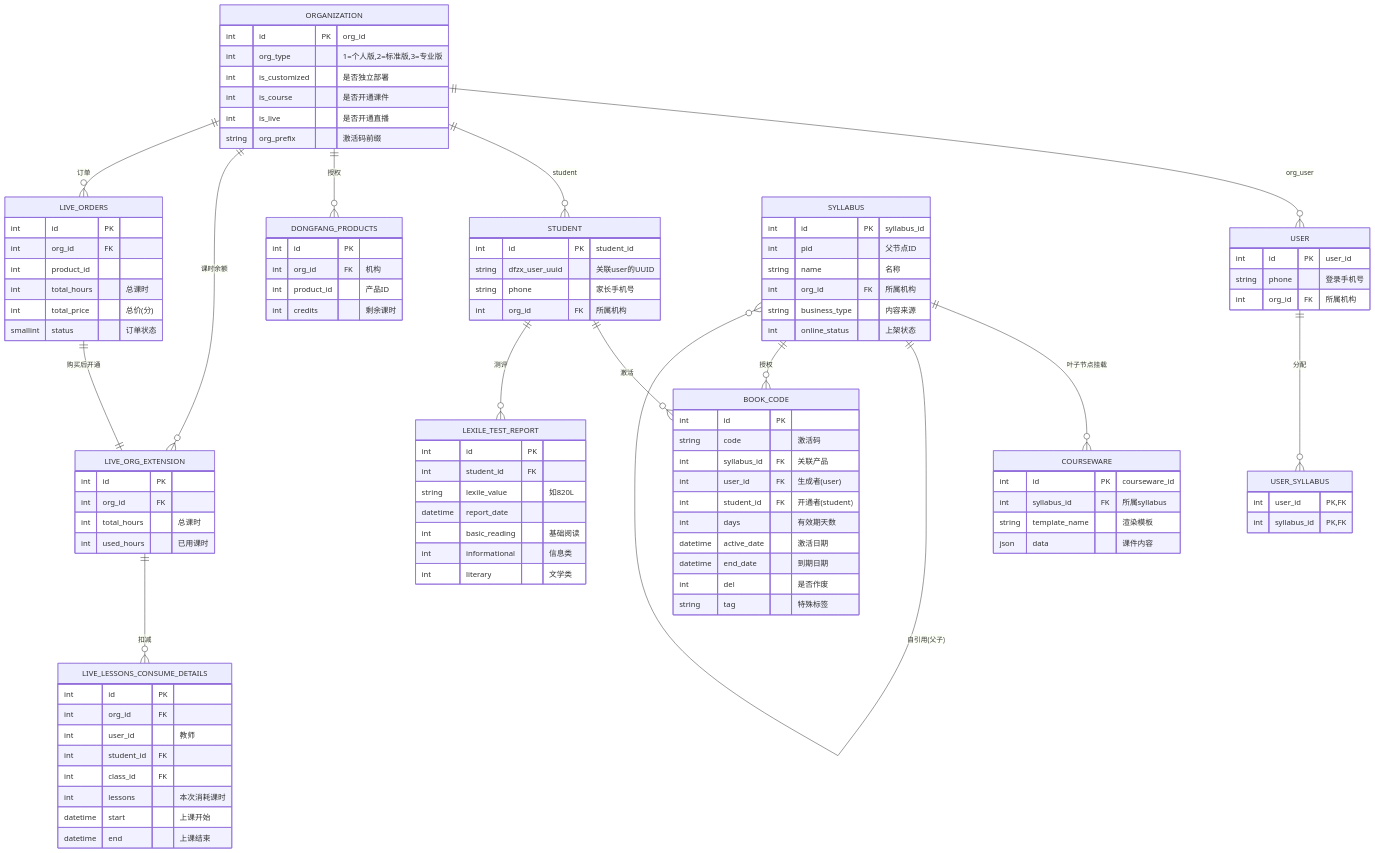
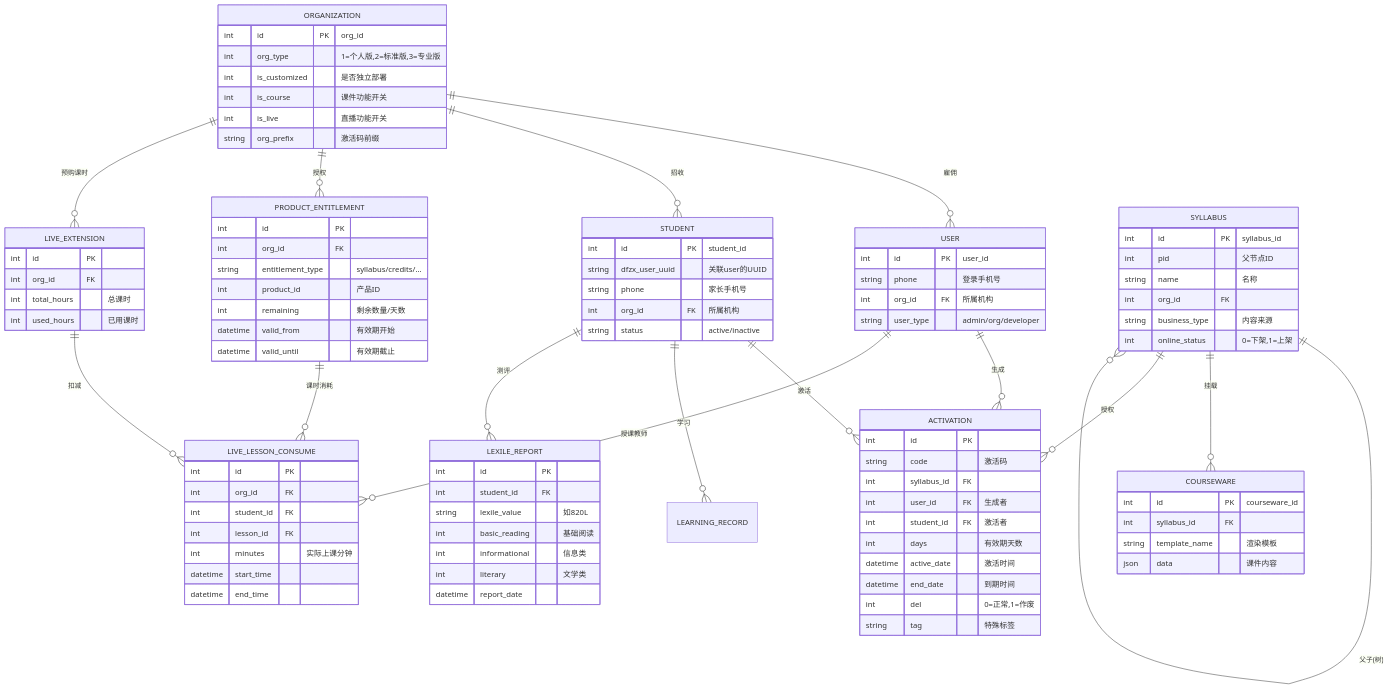
The first of 5 diagrams in docs/knowledge-base/数据架构.md (ai-native-software-factory/ai-factory-templates), drawn with Mermaid before and after one commit. The commit also changed other lines of this file and 1 other file, not shown here.

First line of the commit message:
docs: 重写能力地图和数据架构，真正应用 CPM/TOGAF C 层

````diff
--- a/docs/knowledge-base/数据架构.md
+++ b/docs/knowledge-base/数据架构.md
@@ -13,16 +119,16 @@
 ```mermaid
 erDiagram
-    ORGANIZATION ||--o{ USER : "org_user"
-    ORGANIZATION ||--o{ STUDENT : "student"
-    ORGANIZATION ||--o{ DONGFANG_PRODUCTS : "授权"
-    ORGANIZATION ||--o{ LIVE_ORG_EXTENSION : "课时余额"
-    ORGANIZATION ||--o{ LIVE_ORDERS : "订单"
+    ORGANIZATION ||--o{ USER : "雇佣"
+    ORGANIZATION ||--o{ STUDENT : "招收"
+    ORGANIZATION ||--o{ PRODUCT_ENTITLEMENT : "授权"
+    ORGANIZATION ||--o{ LIVE_EXTENSION : "预购课时"
 
-    USER ||--o{ USER_SYLLABUS : "分配"
+    USER ||--o{ ACTIVATION : "生成"
     USER {
         int id PK "user_id"
         string phone "登录手机号"
         int org_id FK "所属机构"
+        string user_type "admin/org/developer"
     }
 
     STUDENT {
@@ -30,102 +136,94 @@
         string dfzx_user_uuid "关联user的UUID"
         string phone "家长手机号"
         int org_id FK "所属机构"
+        string status "active/inactive"
     }
 
     ORGANIZATION {
         int id PK "org_id"
         int org_type "1=个人版,2=标准版,3=专业版"
         int is_customized "是否独立部署"
-        int is_course "是否开通课件"
-        int is_live "是否开通直播"
+        int is_course "课件功能开关"
+        int is_live "直播功能开关"
         string org_prefix "激活码前缀"
     }
 
-    SYLLABUS ||--o{ COURSEWARE : "叶子节点挂载"
-    SYLLABUS ||--o{ SYLLABUS : "自引用(父子)"
+    PRODUCT_ENTITLEMENT {
+        int id PK
+        int org_id FK
+        string entitlement_type "syllabus/credits/..."
+        int product_id "产品ID"
+        int remaining "剩余数量/天数"
+        datetime valid_from "有效期开始"
+        datetime valid_until "有效期截止"
+    }
+
+    SYLLABUS ||--o{ SYLLABUS : "父子(树)"
+    SYLLABUS ||--o{ COURSEWARE : "挂载"
+    SYLLABUS ||--o{ ACTIVATION : "授权"
     SYLLABUS {
         int id PK "syllabus_id"
         int pid "父节点ID"
         string name "名称"
-        int org_id FK "所属机构"
+        int org_id FK
         string business_type "内容来源"
-        int online_status "上架状态"
+        int online_status "0=下架,1=上架"
     }
 
     COURSEWARE {
         int id PK "courseware_id"
-        int syllabus_id FK "所属syllabus"
+        int syllabus_id FK
         string template_name "渲染模板"
         json data "课件内容"
     }
 
-    DONGFANG_PRODUCTS {
-        int id PK
-        int org_id FK "机构"
-        int product_id "产品ID"
-        int credits "剩余课时"
-    }
-
-    BOOK_CODE {
+    ACTIVATION {
         int id PK
         string code "激活码"
-        int syllabus_id FK "关联产品"
-        int user_id FK "生成者(user)"
-        int student_id FK "开通者(student)"
+        int syllabus_id FK
+        int user_id FK "生成者"
+        int student_id FK "激活者"
         int days "有效期天数"
-        datetime active_date "激活日期"
-        datetime end_date "到期日期"
-        int del "是否作废"
+        datetime active_date "激活时间"
+        datetime end_date "到期时间"
+        int del "0=正常,1=作废"
         string tag "特殊标签"
     }
 
-    STUDENT ||--o{ BOOK_CODE : "激活"
-    SYLLABUS ||--o{ BOOK_CODE : "授权"
+    STUDENT ||--o{ ACTIVATION : "激活"
+    STUDENT ||--o{ LEARNING_RECORD : "学习"
+    STUDENT ||--o{ LEXILE_REPORT : "测评"
 
-    LIVE_ORG_EXTENSION {
+    LIVE_EXTENSION {
         int id PK
         int org_id FK
         int total_hours "总课时"
         int used_hours "已用课时"
     }
 
-    LIVE_ORDERS {
+    LIVE_LESSON_CONSUME {
         int id PK
         int org_id FK
-        int product_id
-        int total_hours "总课时"
-        int total_price "总价(分)"
-        smallint status "订单状态"
+        int student_id FK
+        int lesson_id FK
+        int minutes "实际上课分钟"
+        datetime start_time
+        datetime end_time
     }
 
-    LIVE_LESSONS_CONSUME_DETAILS {
-        int id PK
-        int org_id FK
-        int user_id "教师"
-        int student_id FK
-        int class_id FK
-        int lessons "本次消耗课时"
-        datetime start "上课开始"
-        datetime end "上课结束"
-    }
+    LIVE_EXTENSION ||--o{ LIVE_LESSON_CONSUME : "扣减"
 
-    LIVE_ORG_EXTENSION ||--o{ LIVE_LESSONS_CONSUME_DETAILS : "扣减"
-    LIVE_ORDERS ||--|| LIVE_ORG_EXTENSION : "购买后开通"
-
-    LEXILE_TEST_REPORT {
+    LEXILE_REPORT {
         int id PK
         int student_id FK
         string lexile_value "如820L"
-        datetime report_date
         int basic_reading "基础阅读"
         int informational "信息类"
         int literary "文学类"
+        datetime report_date
     }
 
-    STUDENT ||--o{ LEXILE_TEST_REPORT : "测评"
+    PRODUCT_ENTITLEMENT ||--o{ LIVE_LESSON_CONSUME : "课时消耗"
 
-    USER_SYLLABUS {
-        int user_id PK,FK
-        int syllabus_id PK,FK
-    }
+    USER ||--o{ LIVE_LESSON_CONSUME : "授课教师"
 ```
````
